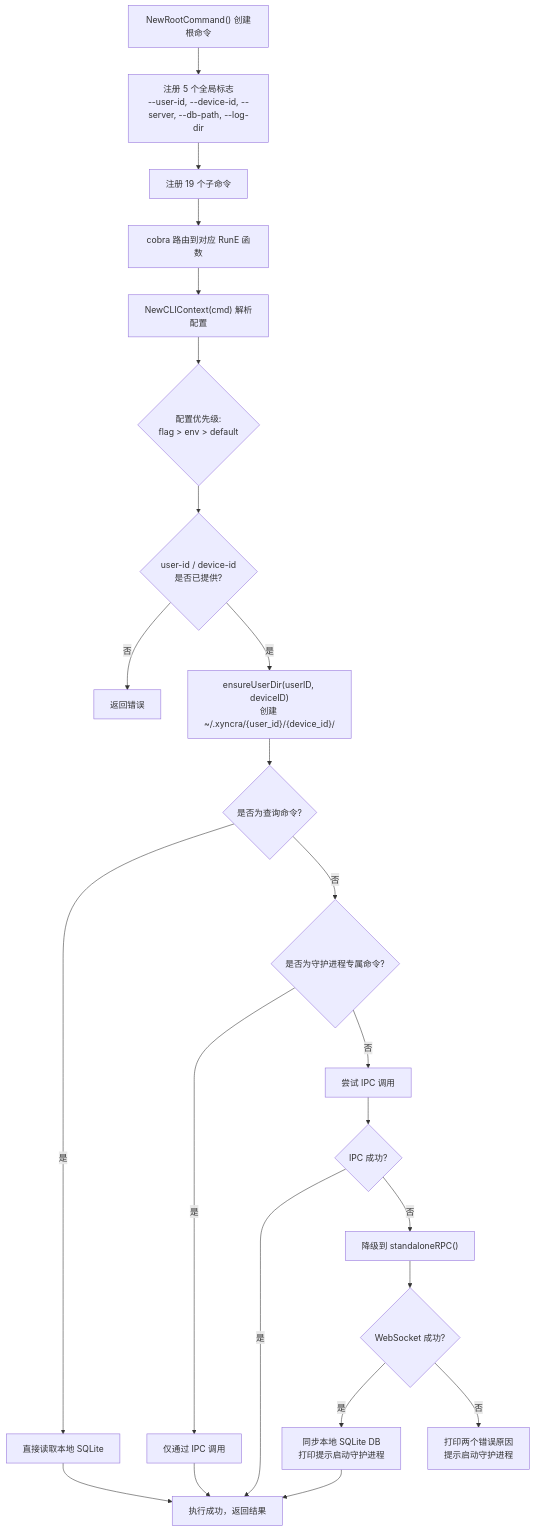
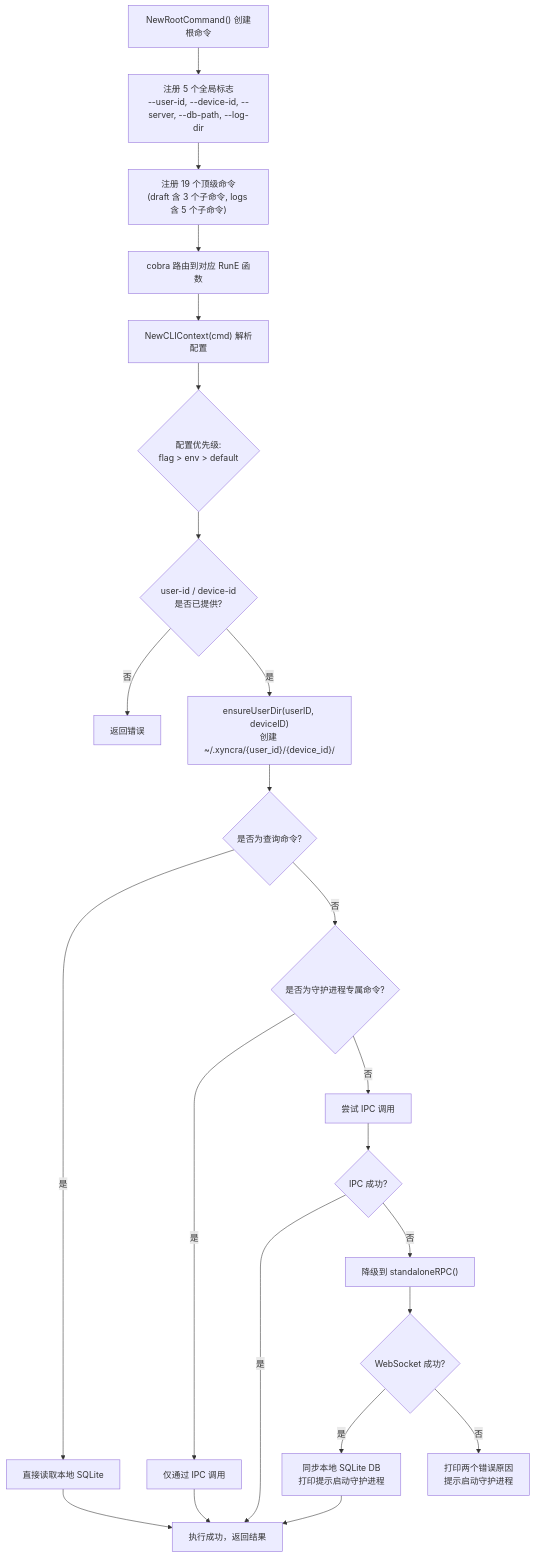
The first of 16 diagrams in wiki/flows/cli-ipc.md (PineappleBond/xyncra-server), drawn with Mermaid before and after one commit. The commit also changed other lines of this file and 19 other files, not shown here.

````diff
--- a/wiki/flows/cli-ipc.md
+++ b/wiki/flows/cli-ipc.md
@@ -34,25 +34,25 @@
 ```mermaid
 flowchart TD
     A["NewRootCommand() 创建根命令"] --> B["注册 5 个全局标志<br>--user-id, --device-id, --server, --db-path, --log-dir"]
-    B --> C["注册 19 个子命令"]
+    B --> C["注册 19 个顶级命令<br>(draft 含 3 个子命令, logs 含 5 个子命令)"]
     C --> D["cobra 路由到对应 RunE 函数"]
     D --> E["NewCLIContext(cmd) 解析配置"]
     E --> F{"配置优先级:<br>flag > env > default"}
     F --> G{"user-id / device-id<br>是否已提供?"}
     G -->|否| H["返回错误"]
     G -->|是| I["ensureUserDir(userID, deviceID)<br>创建 ~/.xyncra/{user_id}/{device_id}/"]
     I --> J{"是否为查询命令?"}
     J -->|是| K["直接读取本地 SQLite"]
     J -->|否| L{"是否为守护进程专属命令?"}
     L -->|是| M["仅通过 IPC 调用"]
     L -->|否| N["尝试 IPC 调用"]
     N --> O{"IPC 成功?"}
     O -->|是| P["执行成功，返回结果"]
     O -->|否| Q["降级到 standaloneRPC()"]
     Q --> R{"WebSocket 成功?"}
     R -->|是| S["同步本地 SQLite DB<br>打印提示启动守护进程"]
     R -->|否| T["打印两个错误原因<br>提示启动守护进程"]
     S --> P
     K --> P
     M --> P
 ```
````
